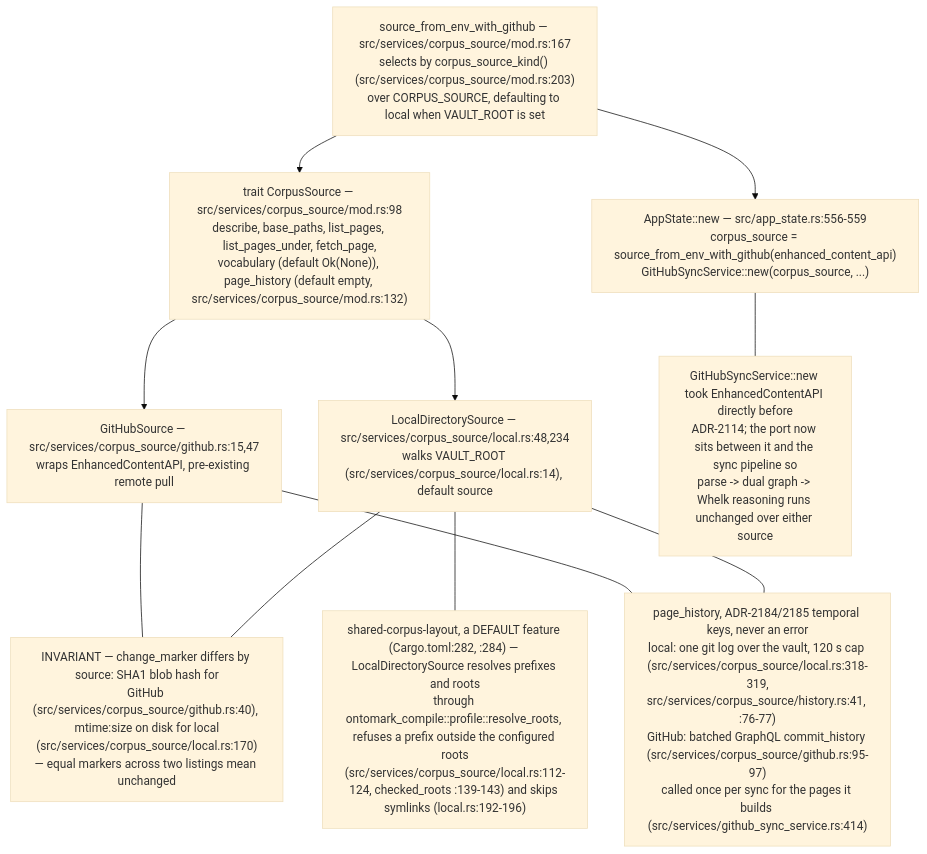
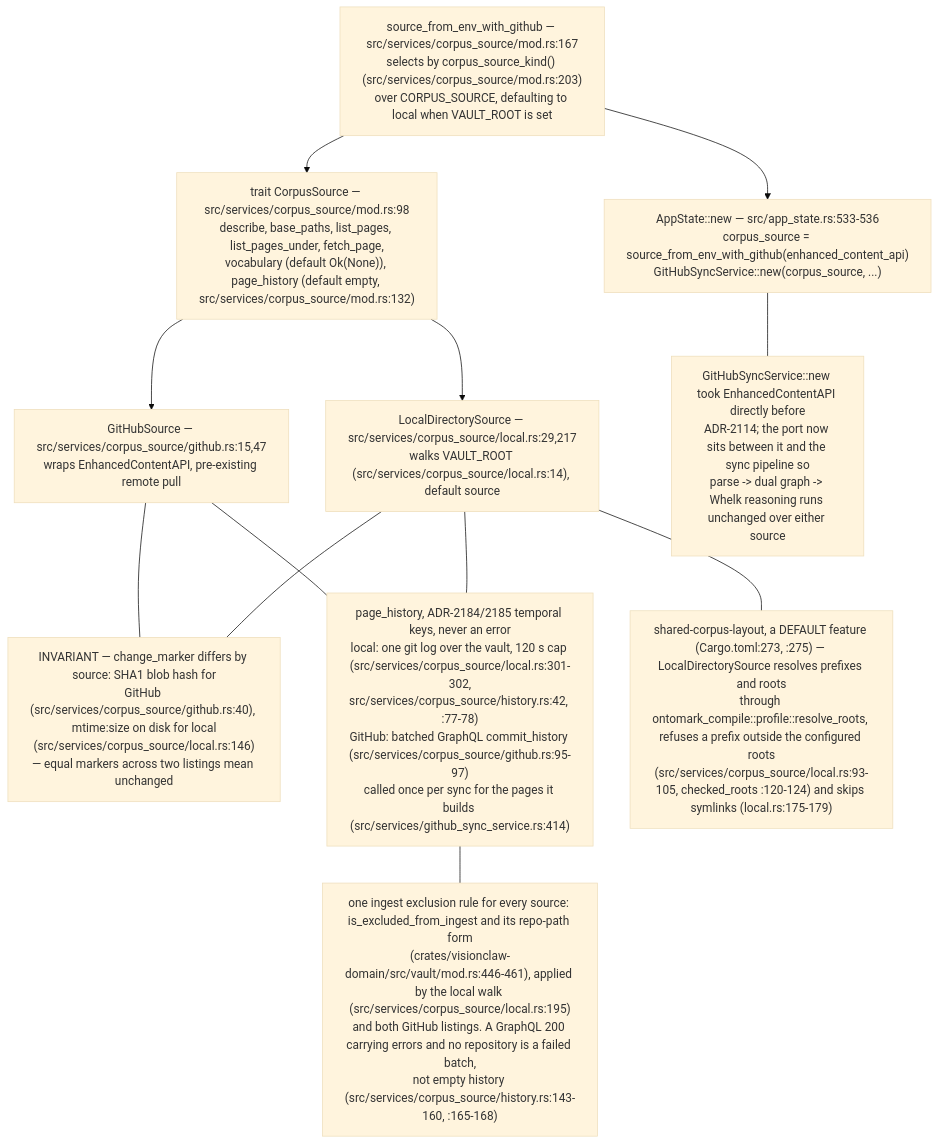
The ninth of 9 diagrams in docs/diagrams/visionclaw/07-hexagonal-ports-and-crates.md (DreamLab-AI/VisionFlow), drawn with Mermaid (base theme) before and after one commit. The commit also changed other lines of this file and 46 other files, not shown here.

Commit message:
docs(diagrams): re-verify VisionClaw topics at 809a859aa/a950f4d80 after the consolidation pass

````diff
--- a/docs/diagrams/visionclaw/07-hexagonal-ports-and-crates.md
+++ b/docs/diagrams/visionclaw/07-hexagonal-ports-and-crates.md
@@ -392,20 +390,22 @@
 ```mermaid
 flowchart TB
     T["trait CorpusSource — src/services/corpus_source/mod.rs:98<br/>describe, base_paths, list_pages, list_pages_under, fetch_page,<br/>vocabulary (default Ok(None)), page_history (default empty, src/services/corpus_source/mod.rs:132)"]
-    T --> L["LocalDirectorySource — src/services/corpus_source/local.rs:48,234<br/>walks VAULT_ROOT (src/services/corpus_source/local.rs:14), default source"]
+    T --> L["LocalDirectorySource — src/services/corpus_source/local.rs:29,217<br/>walks VAULT_ROOT (src/services/corpus_source/local.rs:14), default source"]
     T --> G["GitHubSource — src/services/corpus_source/github.rs:15,47<br/>wraps EnhancedContentAPI, pre-existing remote pull"]
     B["source_from_env_with_github — src/services/corpus_source/mod.rs:167<br/>selects by corpus_source_kind() (src/services/corpus_source/mod.rs:203)<br/>over CORPUS_SOURCE, defaulting to local when VAULT_ROOT is set"]
     B --> T
-    AS["AppState::new — src/app_state.rs:556-559<br/>corpus_source = source_from_env_with_github(enhanced_content_api)<br/>GitHubSyncService::new(corpus_source, ...)"]
+    AS["AppState::new — src/app_state.rs:533-536<br/>corpus_source = source_from_env_with_github(enhanced_content_api)<br/>GitHubSyncService::new(corpus_source, ...)"]
     B --> AS
-    N1["INVARIANT — change_marker differs by source: SHA1 blob hash for<br/>GitHub (src/services/corpus_source/github.rs:40), mtime:size on disk for local<br/>(src/services/corpus_source/local.rs:170)<br/>— equal markers across two listings mean unchanged"]
+    N1["INVARIANT — change_marker differs by source: SHA1 blob hash for<br/>GitHub (src/services/corpus_source/github.rs:40), mtime:size on disk for local<br/>(src/services/corpus_source/local.rs:146)<br/>— equal markers across two listings mean unchanged"]
     L --- N1
     G --- N1
     N2["GitHubSyncService::new took EnhancedContentAPI directly before<br/>ADR-2114; the port now sits between it and the sync pipeline so<br/>parse -> dual graph -> Whelk reasoning runs unchanged over either source"]
     AS --- N2
-    H["page_history, ADR-2184/2185 temporal keys, never an error<br/>local: one git log over the vault, 120 s cap (src/services/corpus_source/local.rs:318-319,<br/>src/services/corpus_source/history.rs:41, :76-77)<br/>GitHub: batched GraphQL commit_history (src/services/corpus_source/github.rs:95-97)<br/>called once per sync for the pages it builds (src/services/github_sync_service.rs:414)"]
+    H["page_history, ADR-2184/2185 temporal keys, never an error<br/>local: one git log over the vault, 120 s cap (src/services/corpus_source/local.rs:301-302,<br/>src/services/corpus_source/history.rs:42, :77-78)<br/>GitHub: batched GraphQL commit_history (src/services/corpus_source/github.rs:95-97)<br/>called once per sync for the pages it builds (src/services/github_sync_service.rs:414)"]
     L --- H
     G --- H
-    N3["shared-corpus-layout, a DEFAULT feature (Cargo.toml:282, :284) — LocalDirectorySource resolves prefixes and roots<br/>through ontomark_compile::profile::resolve_roots, refuses a prefix outside the configured roots<br/>(src/services/corpus_source/local.rs:112-124, checked_roots :139-143) and skips symlinks (local.rs:192-196)"]
+    N3["shared-corpus-layout, a DEFAULT feature (Cargo.toml:273, :275) — LocalDirectorySource resolves prefixes and roots<br/>through ontomark_compile::profile::resolve_roots, refuses a prefix outside the configured roots<br/>(src/services/corpus_source/local.rs:93-105, checked_roots :120-124) and skips symlinks (local.rs:175-179)"]
     L --- N3
+    N4["one ingest exclusion rule for every source: is_excluded_from_ingest and its repo-path form<br/>(crates/visionclaw-domain/src/vault/mod.rs:446-461), applied by the local walk (src/services/corpus_source/local.rs:195)<br/>and both GitHub listings. A GraphQL 200 carrying errors and no repository is a failed batch,<br/>not empty history (src/services/corpus_source/history.rs:143-160, :165-168)"]
+    H --- N4
 ```
````
